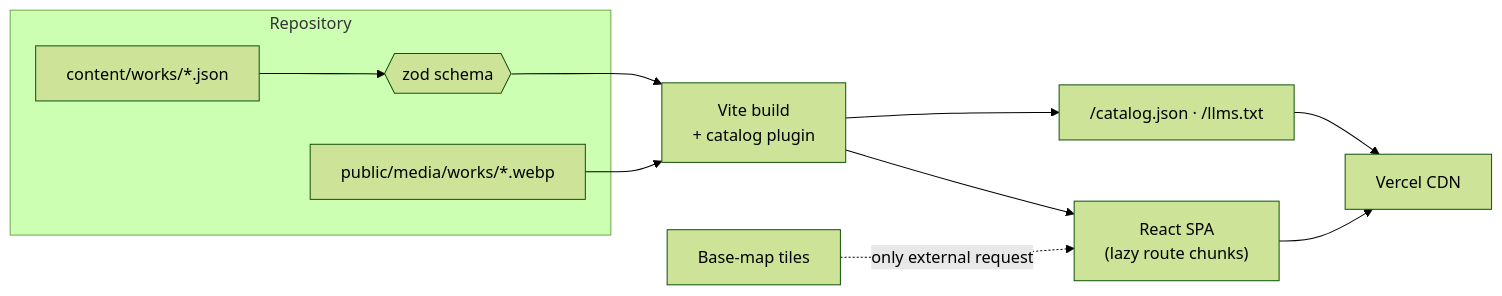
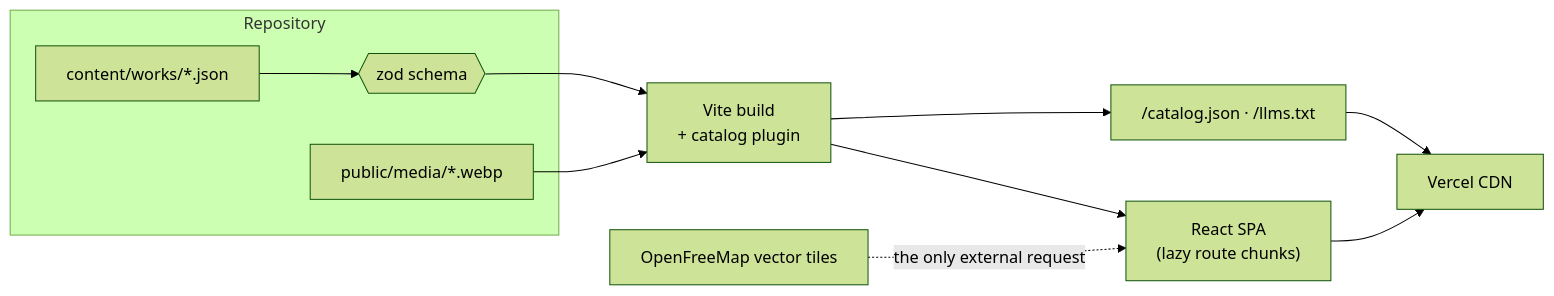
Before and after one commit to yehomak/UrbanDreams: the second of 2 diagrams in README.md, drawn with Mermaid (forest theme). The commit also changed other lines of this file and 7 other files, not shown here.

````diff
--- a/README.md
+++ b/README.md
@@ -59,14 +70,14 @@
 ```mermaid
 flowchart LR
     subgraph repo["Repository"]
       W["content/works/*.json"] --> S{{"zod schema"}}
-      M["public/media/works/*.webp"]
+      M["public/media/*.webp"]
     end
     S --> P["Vite build<br/>+ catalog plugin"]
     M --> P
     P --> SPA["React SPA<br/>(lazy route chunks)"]
     P --> CAT["/catalog.json · /llms.txt"]
     SPA --> V["Vercel CDN"]
     CAT --> V
-    T["Base-map tiles"] -.only external request.-> SPA
+    T["OpenFreeMap vector tiles"] -.the only external request.-> SPA
 ```
````
